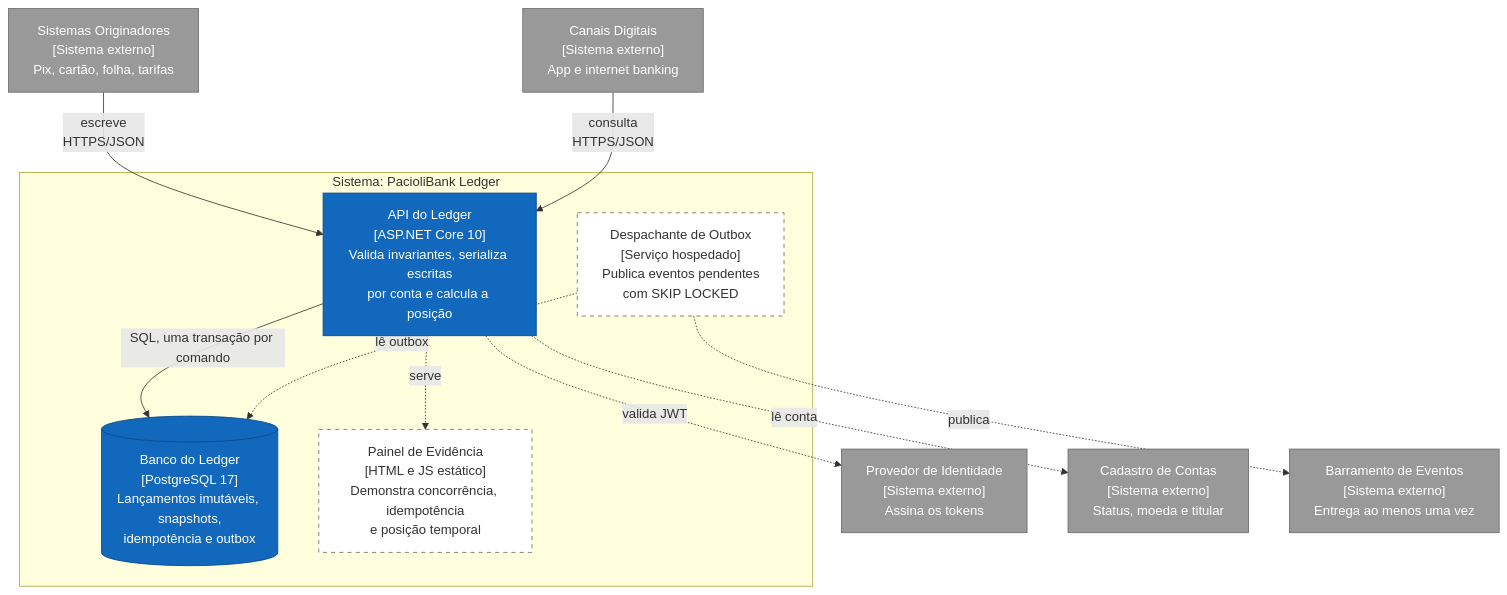
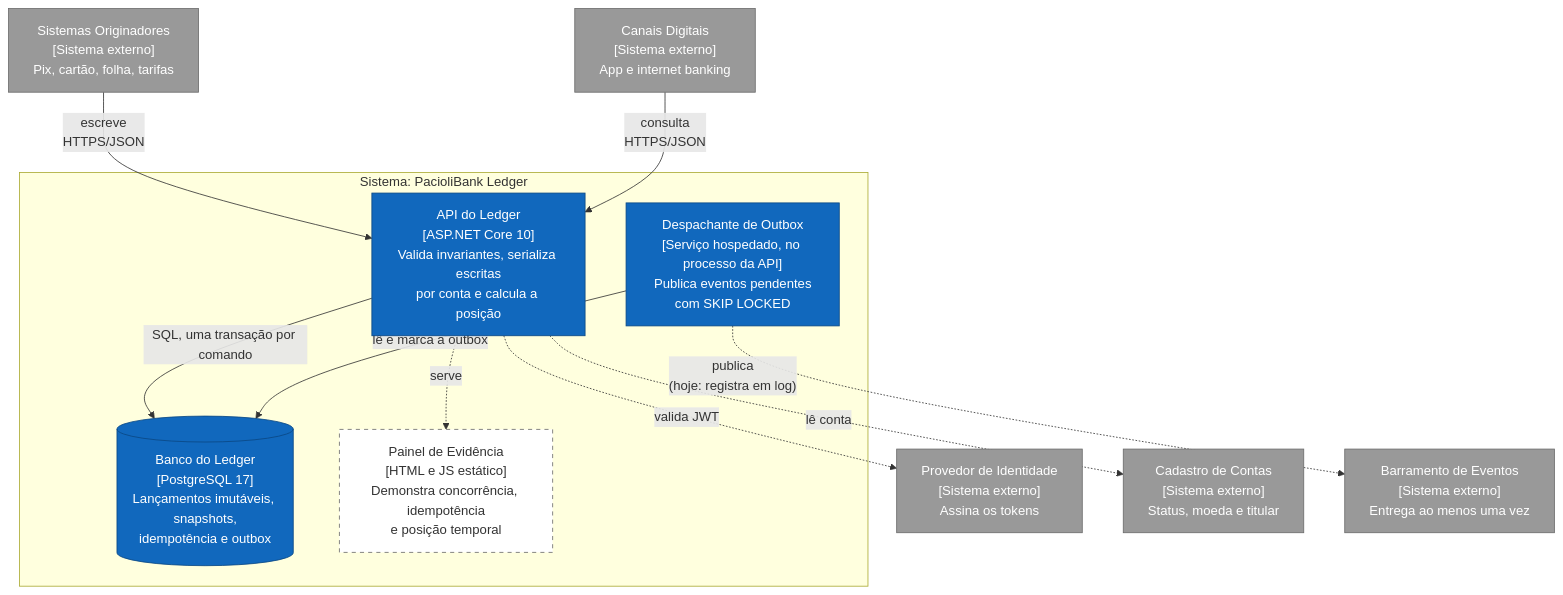
The diagram in docs/diagrams/c2-conteineres.md (eduardojnet/PacioliBank), drawn with Mermaid before and after one commit. The commit also changed other lines of this file and 23 other files, not shown here.

Commit message:
feat(events): despachante de outbox com SKIP LOCKED, recuo e alerta (card 24)

````diff
--- a/docs/diagrams/c2-conteineres.md
+++ b/docs/diagrams/c2-conteineres.md
@@ -5,28 +5,28 @@
 ```mermaid
 flowchart TB
     orig["Sistemas Originadores<br/>[Sistema externo]<br/>Pix, cartão, folha, tarifas"]:::externo
     canais["Canais Digitais<br/>[Sistema externo]<br/>App e internet banking"]:::externo
     iam["Provedor de Identidade<br/>[Sistema externo]<br/>Assina os tokens"]:::externo
     cad["Cadastro de Contas<br/>[Sistema externo]<br/>Status, moeda e titular"]:::externo
     bus["Barramento de Eventos<br/>[Sistema externo]<br/>Entrega ao menos uma vez"]:::externo
 
     subgraph sistema["Sistema: PacioliBank Ledger"]
         api["API do Ledger<br/>[ASP.NET Core 10]<br/>Valida invariantes, serializa escritas<br/>por conta e calcula a posição"]:::impl
         db[("Banco do Ledger<br/>[PostgreSQL 17]<br/>Lançamentos imutáveis, snapshots,<br/>idempotência e outbox")]:::impl
-        disp["Despachante de Outbox<br/>[Serviço hospedado]<br/>Publica eventos pendentes<br/>com SKIP LOCKED"]:::espec
+        disp["Despachante de Outbox<br/>[Serviço hospedado, no processo da API]<br/>Publica eventos pendentes<br/>com SKIP LOCKED"]:::impl
         painel["Painel de Evidência<br/>[HTML e JS estático]<br/>Demonstra concorrência, idempotência<br/>e posição temporal"]:::espec
     end
 
     orig -->|"escreve<br/>HTTPS/JSON"| api
     canais -->|"consulta<br/>HTTPS/JSON"| api
     api -->|"SQL, uma transação por comando"| db
     api -.->|"valida JWT"| iam
     api -.->|"lê conta"| cad
     api -.->|"serve"| painel
-    disp -.->|"lê outbox"| db
-    disp -.->|"publica"| bus
+    disp -->|"lê e marca a outbox"| db
+    disp -.->|"publica<br/>(hoje: registra em log)"| bus
 
     classDef externo fill:#999999,stroke:#6b6b6b,color:#fff
     classDef impl fill:#1168bd,stroke:#0b4884,color:#fff
     classDef espec fill:#ffffff,stroke:#6b6b6b,color:#333,stroke-dasharray:5 5
 ```
````
